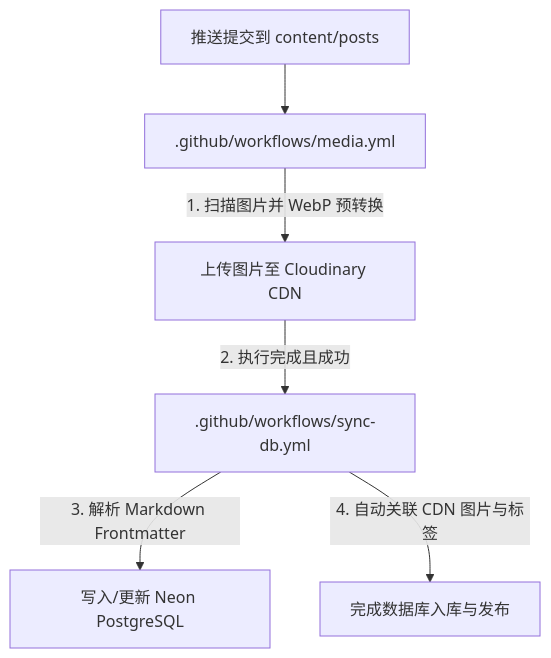
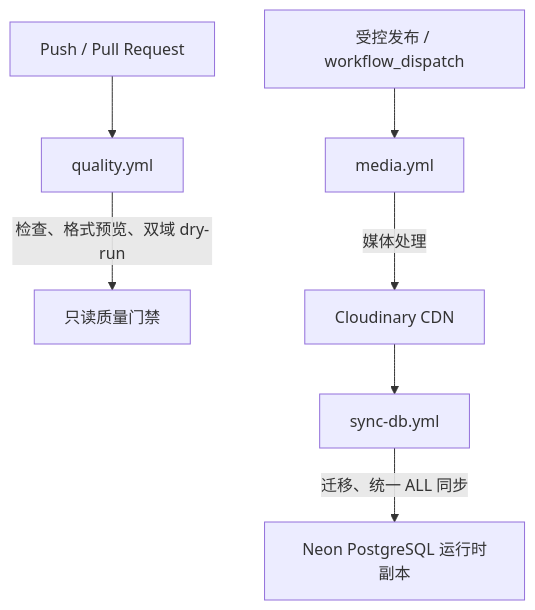
Before and after one commit to deadlyedge/zickme-blog: the diagram in .github/README.md, drawn with Mermaid. The commit also changed other lines of this file and 5 other files, not shown here.

````diff
--- a/.github/README.md
+++ b/.github/README.md
@@ -11,8 +11,9 @@
 ```mermaid
 graph TD
-    A[推送提交到 content/posts] --> B[.github/workflows/media.yml]
-    B -->|1. 扫描图片并 WebP 预转换| C[上传图片至 Cloudinary CDN]
-    C -->|2. 执行完成且成功| D[.github/workflows/sync-db.yml]
-    D -->|3. 解析 Markdown Frontmatter| E[写入/更新 Neon PostgreSQL]
-    D -->|4. 自动关联 CDN 图片与标签| F[完成数据库入库与发布]
+    A[Push / Pull Request] --> Q[quality.yml]
+    Q -->|检查、格式预览、双域 dry-run| R[只读质量门禁]
+    P[受控发布 / workflow_dispatch] --> M[media.yml]
+    M -->|媒体处理| C[Cloudinary CDN]
+    C --> S[sync-db.yml]
+    S -->|迁移、统一 ALL 同步| E[Neon PostgreSQL 运行时副本]
 ```
````
